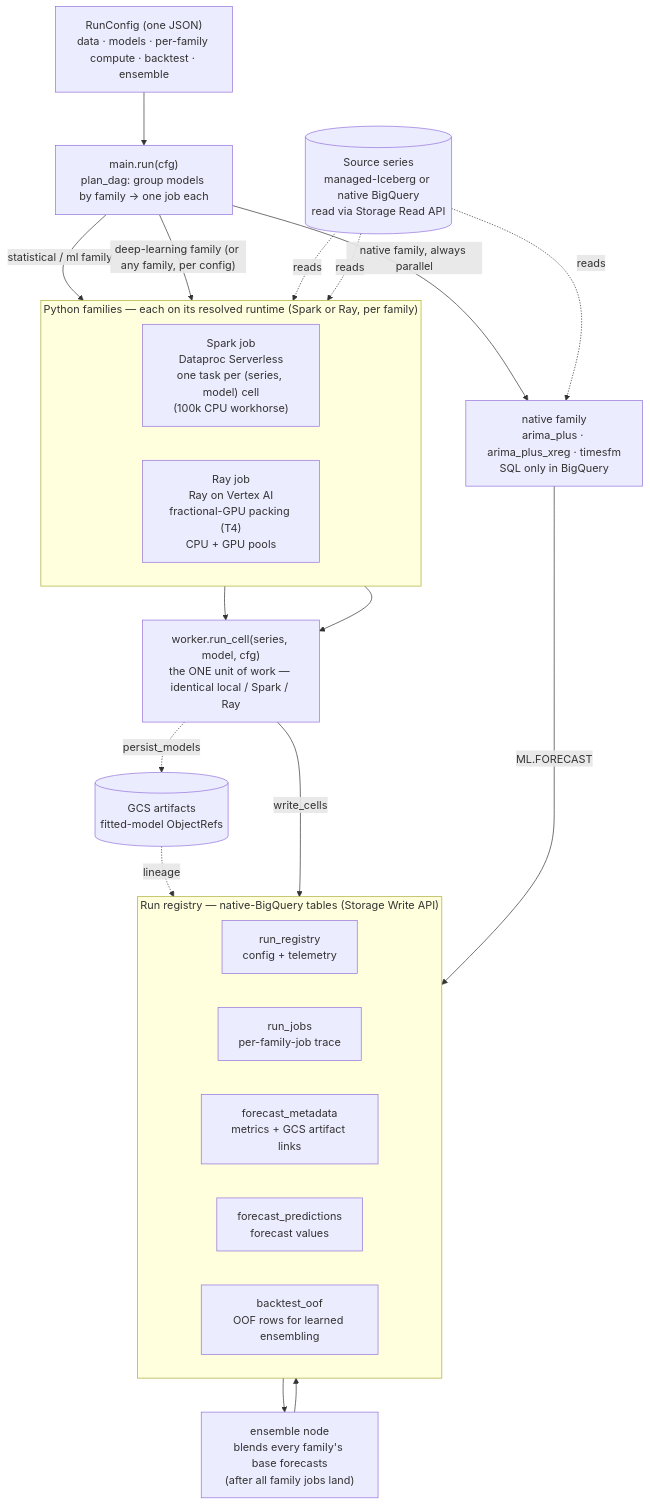
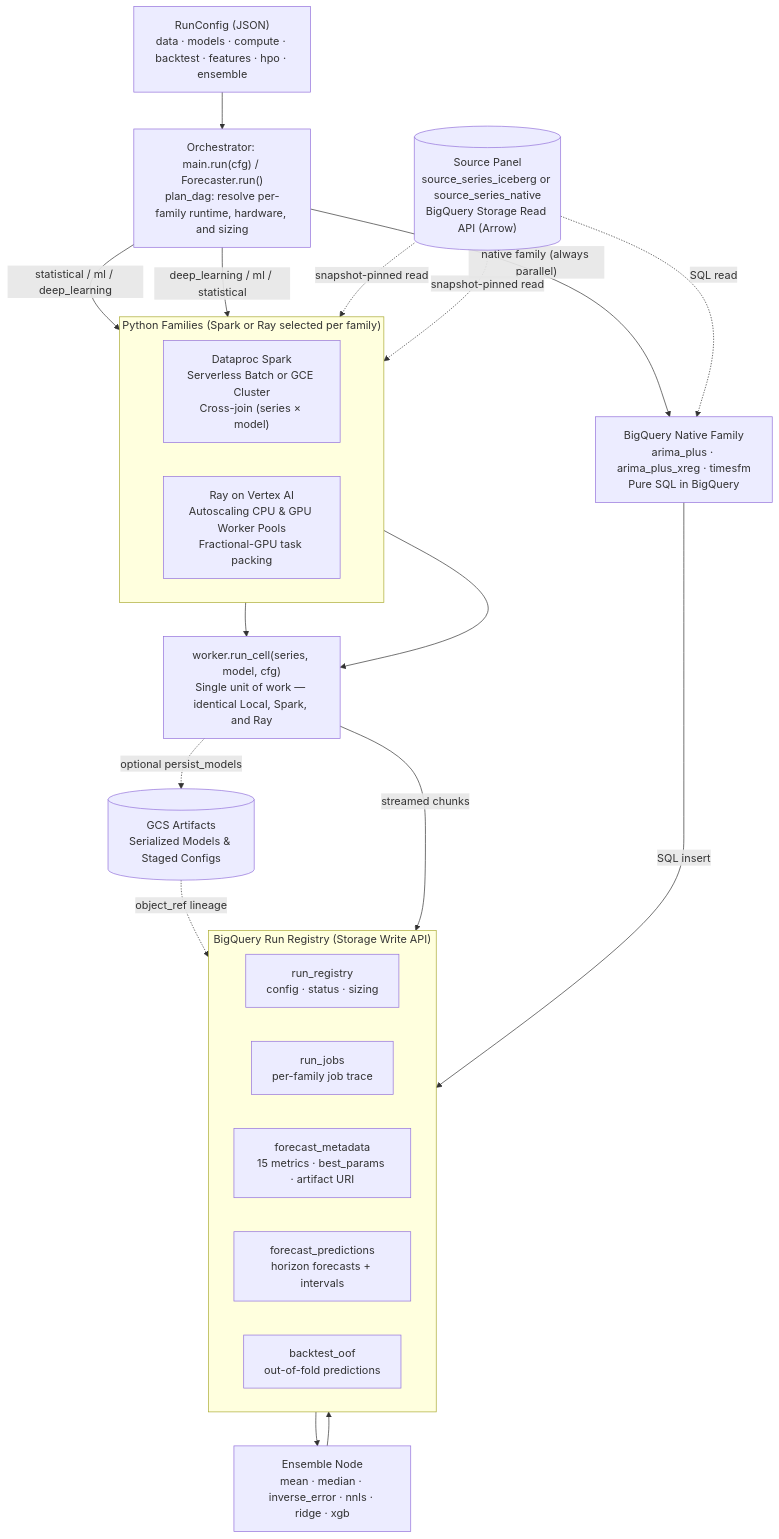
One commit to statmike/scale-forecasting changed the second of 2 diagrams in README.md. Above: the diagram before and after it, drawn with Mermaid. The commit also changed other lines of this file and 16 other files, not shown here.

Commit message:
docs(phase-1): add folder README.md spine with Mermaid diagrams across repository

````diff
--- a/README.md
+++ b/README.md
@@ -90,45 +87,46 @@
 ```mermaid
 flowchart TB
-    cfg["RunConfig (one JSON)<br/>data · models · per-family compute · backtest · ensemble"]
-    entry["main.run(cfg)<br/>plan_dag: group models by family → one job each"]
+    cfg["RunConfig (JSON)<br/>data · models · compute · backtest · features · hpo · ensemble"]
+    entry["Orchestrator: main.run(cfg) / Forecaster.run()<br/>plan_dag: resolve per-family runtime, hardware, and sizing"]
     cfg --> entry
 
-    subgraph py["Python families — each on its resolved runtime (Spark or Ray, per family)"]
+    subgraph py["Python Families (Spark or Ray selected per family)"]
         direction LR
-        spark["Spark job<br/>Dataproc Serverless<br/>one task per (series, model) cell<br/>(100k CPU workhorse)"]
-        ray["Ray job<br/>Ray on Vertex AI<br/>fractional-GPU packing (T4)<br/>CPU + GPU pools"]
+        spark["Dataproc Spark<br/>Serverless Batch or GCE Cluster<br/>Cross-join (series × model)"]
+        ray["Ray on Vertex AI<br/>Autoscaling CPU & GPU Worker Pools<br/>Fractional-GPU task packing"]
     end
 
-    bq["native family<br/>arima_plus · arima_plus_xreg · timesfm<br/>SQL only in BigQuery"]
+    bq["BigQuery Native Family<br/>arima_plus · arima_plus_xreg · timesfm<br/>Pure SQL in BigQuery"]
 
-    entry -->|"statistical / ml family"| spark
-    entry -->|"deep-learning family (or any family, per config)"| ray
-    entry -->|"native family, always parallel"| bq
+    entry -->|"statistical / ml / deep_learning"| spark
+    entry -->|"deep_learning / ml / statistical"| ray
+    entry -->|"native family (always parallel)"| bq
 
-    cell["worker.run_cell(series, model, cfg)<br/>the ONE unit of work — identical local / Spark / Ray"]
+    cell["worker.run_cell(series, model, cfg)<br/>Single unit of work — identical Local, Spark, and Ray"]
     spark --> cell
     ray --> cell
 
-    data[("Source series<br/>managed-Iceberg or native BigQuery<br/>read via Storage Read API")]
-    data -.->|reads| spark
-    data -.->|reads| ray
-    data -.->|reads| bq
+    data[("Source Panel<br/>source_series_iceberg or source_series_native<br/>BigQuery Storage Read API (Arrow)")]
+    data -.->|snapshot-pinned read| spark
+    data -.->|snapshot-pinned read| ray
+    data -.->|SQL read| bq
 
-    subgraph reg["Run registry — native-BigQuery tables (Storage Write API)"]
+    subgraph reg["BigQuery Run Registry (Storage Write API)"]
         direction LR
-        r0["run_registry<br/>config + telemetry"]
-        r5["run_jobs<br/>per-family-job trace"]
-        r2["forecast_metadata<br/>metrics + GCS artifact links"]
-        r3["forecast_predictions<br/>forecast values"]
-        r4["backtest_oof<br/>OOF rows for learned ensembling"]
+        r0["run_registry<br/>config · status · sizing"]
+        r1["run_jobs<br/>per-family job trace"]
+        r2["forecast_metadata<br/>15 metrics · best_params · artifact URI"]
+        r3["forecast_predictions<br/>horizon forecasts + intervals"]
+        r4["backtest_oof<br/>out-of-fold predictions"]
     end
 
-    ens["ensemble node<br/>blends every family's base forecasts<br/>(after all family jobs land)"]
-    cell -->|write_cells| reg
-    bq -->|ML.FORECAST| reg
+    ens["Ensemble Node<br/>mean · median · inverse_error · nnls · ridge · xgb"]
+    cell -->|streamed chunks| reg
+    bq -->|SQL insert| reg
     reg --> ens
     ens --> reg
-    art[("GCS artifacts<br/>fitted-model ObjectRefs")]
-    cell -.->|persist_models| art
-    art -.->|lineage| r2
+
+    art[("GCS Artifacts<br/>Serialized Models & Staged Configs")]
+    cell -.->|optional persist_models| art
+    art -.->|object_ref lineage| r2
 ```
````
